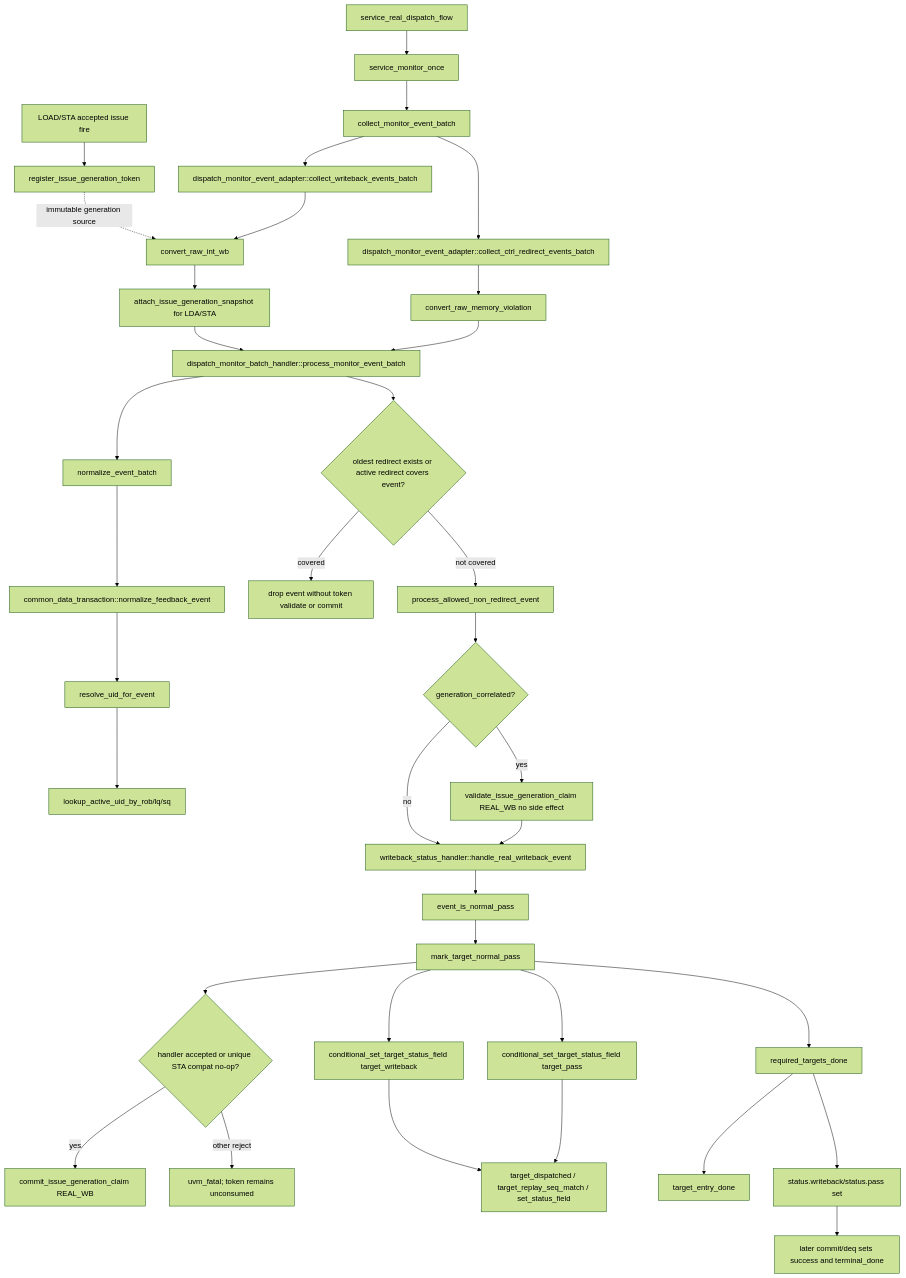
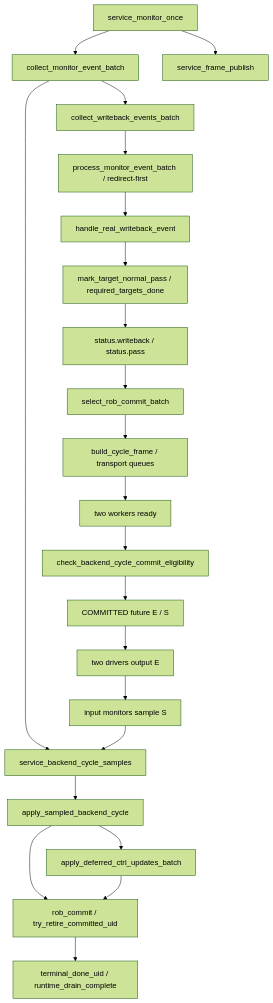
Before and after one commit to OpenXiangShan/XiangShan: the diagram in AI_DOC/mem_ut_flow_doc/normal_pass_flow.md, drawn with Mermaid (forest theme). The commit also changed other lines of this file and 29 other files, not shown here.

Commit message:
mem_ut: synchronize backend cycle frames and capture fault address samples

````diff
--- a/AI_DOC/mem_ut_flow_doc/normal_pass_flow.md
+++ b/AI_DOC/mem_ut_flow_doc/normal_pass_flow.md
@@ -19,38 +31,24 @@
 ```mermaid
 flowchart TD
-    A0[LOAD/STA accepted issue fire] --> A01[register_issue_generation_token]
-    A01 -. immutable generation source .-> E
-    A[service_real_dispatch_flow] --> B[service_monitor_once]
-    B --> C[collect_monitor_event_batch]
-    C --> D[dispatch_monitor_event_adapter::collect_writeback_events_batch]
-    C --> D2[dispatch_monitor_event_adapter::collect_ctrl_redirect_events_batch]
-    D --> E[convert_raw_int_wb]
-    E --> E1[attach_issue_generation_snapshot for LDA/STA]
-    D2 --> E2[convert_raw_memory_violation]
-    E1 --> F[dispatch_monitor_batch_handler::process_monitor_event_batch]
-    E2 --> F
-    F --> G[normalize_event_batch]
-    G --> H[common_data_transaction::normalize_feedback_event]
-    H --> I[resolve_uid_for_event]
-    I --> J[lookup_active_uid_by_rob/lq/sq]
-    F --> K{oldest redirect exists or active redirect covers event?}
-    K -->|covered| X[drop event without token validate or commit]
-    K -->|not covered| L[process_allowed_non_redirect_event]
-    L --> L1{generation_correlated?}
-    L1 -->|yes| L2[validate_issue_generation_claim REAL_WB no side effect]
-    L1 -->|no| M
-    L2 --> M[writeback_status_handler::handle_real_writeback_event]
-    M --> N[event_is_normal_pass]
-    N --> O[mark_target_normal_pass]
-    O --> L3{handler accepted or unique STA compat no-op?}
-    L3 -->|yes| L4[commit_issue_generation_claim REAL_WB]
-    L3 -->|other reject| L5[uvm_fatal; token remains unconsumed]
-    O --> P[conditional_set_target_status_field target_writeback]
-    O --> Q[conditional_set_target_status_field target_pass]
-    P --> R[target_dispatched / target_replay_seq_match / set_status_field]
-    Q --> R
-    O --> S[required_targets_done]
-    S --> T[target_entry_done]
-    S --> U[status.writeback/status.pass set]
-    U --> V[later commit/deq sets success and terminal_done]
+ A[service_monitor_once] --> B[collect_monitor_event_batch]
+ B --> C[collect_writeback_events_batch]
+ C --> D[process_monitor_event_batch / redirect-first]
+ D --> E[handle_real_writeback_event]
+ E --> F[mark_target_normal_pass / required_targets_done]
+ F --> G[status.writeback / status.pass]
+ B --> H[service_backend_cycle_samples]
+ H --> I[apply_sampled_backend_cycle]
+ I --> J[apply_deferred_ctrl_updates_batch]
+ A --> K[service_frame_publish]
+ G --> L[select_rob_commit_batch]
+ L --> M[build_cycle_frame / transport queues]
+ M --> N[two workers ready]
+ N --> O[check_backend_cycle_commit_eligibility]
+ O --> P[COMMITTED future E / S]
+ P --> Q[two drivers output E]
+ Q --> R[input monitors sample S]
+ R --> H
+ I --> S[rob_commit / try_retire_committed_uid]
+ J --> S
+ S --> T[terminal_done_uid / runtime_drain_complete]
 ```
````
